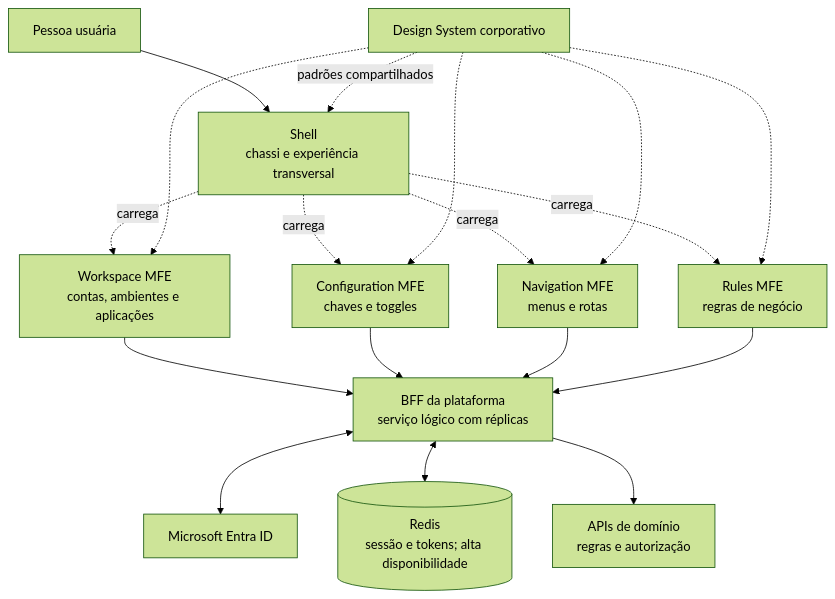
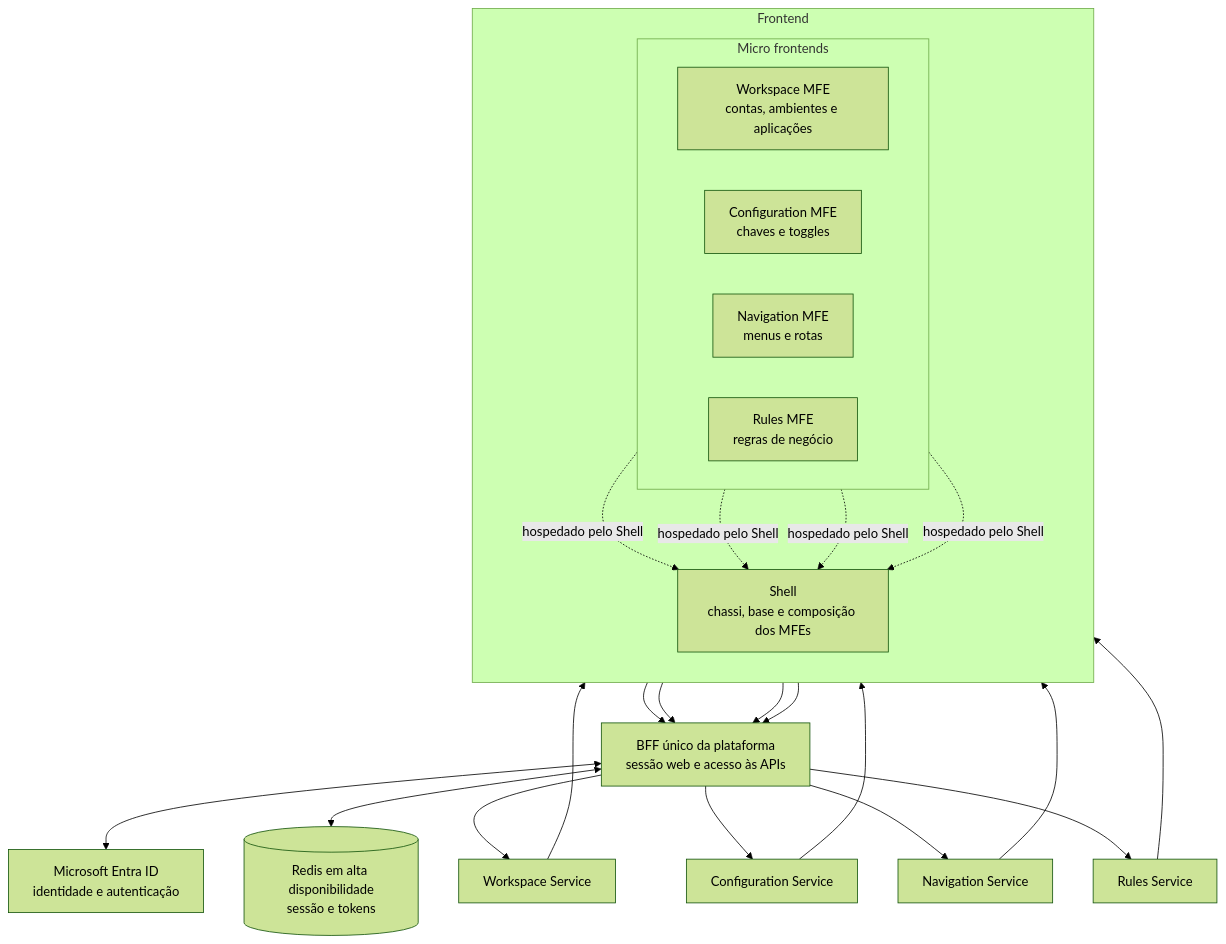
The diagram in docs/refinamento/18-micro-frontends/apresentacao-visao-geral.md (BrunoBS/guideline-java), drawn with Mermaid (forest theme) before and after one commit. The commit also changed other lines of this file, not shown here.

Commit message:
docs: atualizar visão macro de micro frontends

````diff
--- a/docs/refinamento/18-micro-frontends/apresentacao-visao-geral.md
+++ b/docs/refinamento/18-micro-frontends/apresentacao-visao-geral.md
@@ -9,24 +9,37 @@
-```mermaid
+~~~mermaid
 flowchart TB
-  USER["Pessoa usuária"] --> SHELL["Shell<br/>chassi e experiência transversal"]
+  subgraph FRONTEND["Frontend"]
+    direction TB
+    subgraph MFES["Micro frontends"]
+      direction LR
+      WS["Workspace MFE<br/>contas, ambientes e aplicações"]
+      CFG["Configuration MFE<br/>chaves e toggles"]
+      NAV["Navigation MFE<br/>menus e rotas"]
+      RULES["Rules MFE<br/>regras de negócio"]
+    end
+    SHELL["Shell<br/>chassi, base e composição dos MFEs"]
+  end
 
-  SHELL -. "carrega" .-> WS["Workspace MFE<br/>contas, ambientes e aplicações"]
-  SHELL -. "carrega" .-> CFG["Configuration MFE<br/>chaves e toggles"]
-  SHELL -. "carrega" .-> NAV["Navigation MFE<br/>menus e rotas"]
-  SHELL -. "carrega" .-> RULES["Rules MFE<br/>regras de negócio"]
+  WS -. "hospedado pelo Shell" .-> SHELL
+  CFG -. "hospedado pelo Shell" .-> SHELL
+  NAV -. "hospedado pelo Shell" .-> SHELL
+  RULES -. "hospedado pelo Shell" .-> SHELL
 
-  WS --> BFF["BFF da plataforma<br/>serviço lógico com réplicas"]
+  WS --> BFF["BFF único da plataforma<br/>sessão web e acesso às APIs"]
   CFG --> BFF
   NAV --> BFF
   RULES --> BFF
 
-  BFF <--> ENTRA["Microsoft Entra ID"]
-  BFF <--> REDIS[("Redis<br/>sessão e tokens; alta disponibilidade")]
-  BFF --> API["APIs de domínio<br/>regras e autorização"]
+  BFF <--> ENTRA["Microsoft Entra ID<br/>identidade e autenticação"]
+  BFF <--> REDIS[("Redis em alta disponibilidade<br/>sessão e tokens")]
 
-  DS["Design System corporativo"] -. "padrões compartilhados" .-> SHELL
-  DS -.-> WS
-  DS -.-> CFG
-  DS -.-> NAV
-  DS -.-> RULES
-```
+  BFF --> WSAPI["Workspace Service"]
+  BFF --> CFGAPI["Configuration Service"]
+  BFF --> NAVAPI["Navigation Service"]
+  BFF --> RULESAPI["Rules Service"]
+
+  WSAPI --> WS
+  CFGAPI --> CFG
+  NAVAPI --> NAV
+  RULESAPI --> RULES
+~~~
````
